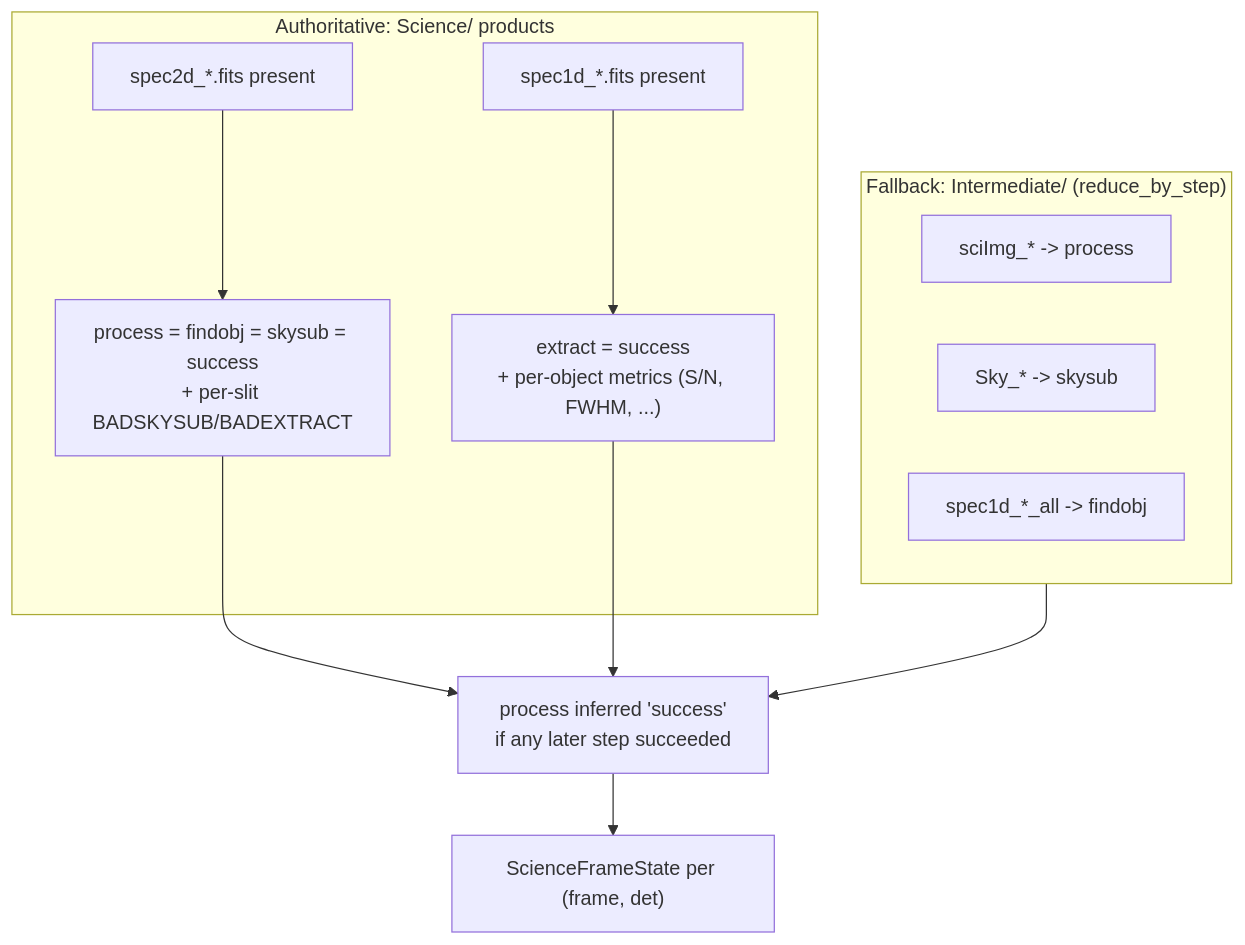
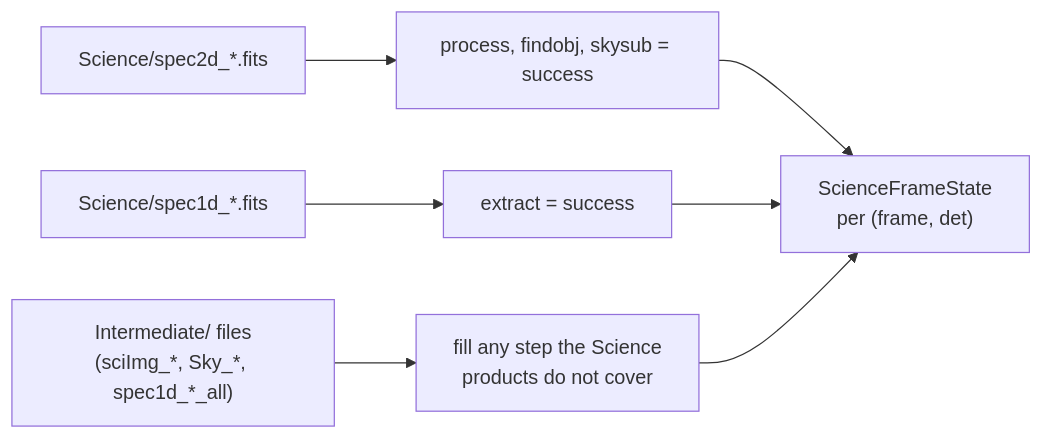
One commit to pypeit/PypeIt changed the fifth of 5 diagrams in doc/dashboard/dashboard_design.rst. Above: the diagram before and after it, drawn with Mermaid. The commit also changed other lines of this file and 32 other files, not shown here.

```diff
--- a/doc/dashboard/dashboard_design.rst
+++ b/doc/dashboard/dashboard_design.rst
@@ -173,16 +222,9 @@
 .. mermaid::
 
-   flowchart TD
-       subgraph auth["Authoritative: Science/ products"]
-           S2["spec2d_*.fits present"] --> P1["process = findobj = skysub = success<br/>+ per-slit BADSKYSUB/BADEXTRACT"]
-           S1["spec1d_*.fits present"] --> P2["extract = success<br/>+ per-object metrics (S/N, FWHM, ...)"]
-       end
-       subgraph fb["Fallback: Intermediate/ (reduce_by_step)"]
-           IM1["sciImg_* -> process"]
-           IM2["Sky_* -> skysub"]
-           IM3["spec1d_*_all -> findobj"]
-       end
-       P1 --> INFER["process inferred 'success'<br/>if any later step succeeded"]
-       P2 --> INFER
-       fb --> INFER
-       INFER --> ENTRY["ScienceFrameState per (frame, det)"]
+   flowchart LR
+       S2["Science/spec2d_*.fits"] --> P1["process, findobj, skysub = success"]
+       S1["Science/spec1d_*.fits"] --> P2["extract = success"]
+       IM["Intermediate/ files<br/>(sciImg_*, Sky_*, spec1d_*_all)"] --> P3["fill any step the Science<br/>products do not cover"]
+       P1 --> ENTRY["ScienceFrameState<br/>per (frame, det)"]
+       P2 --> ENTRY
+       P3 --> ENTRY
```
